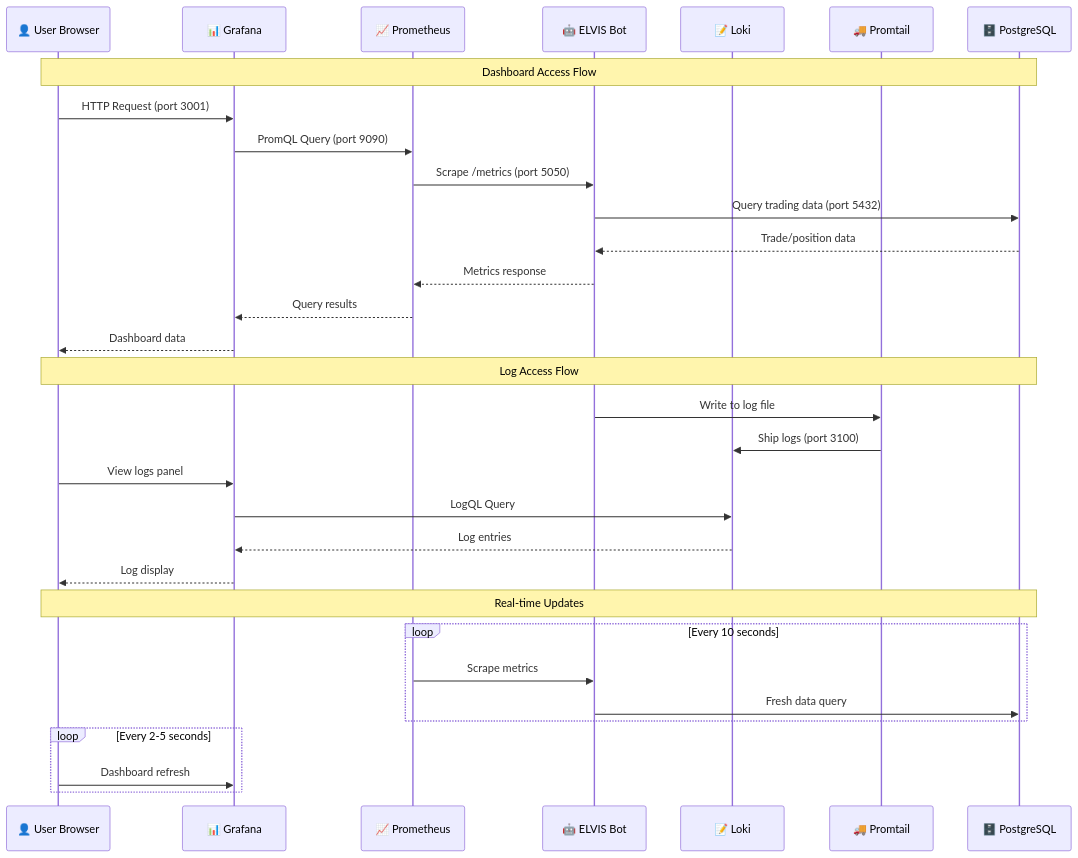
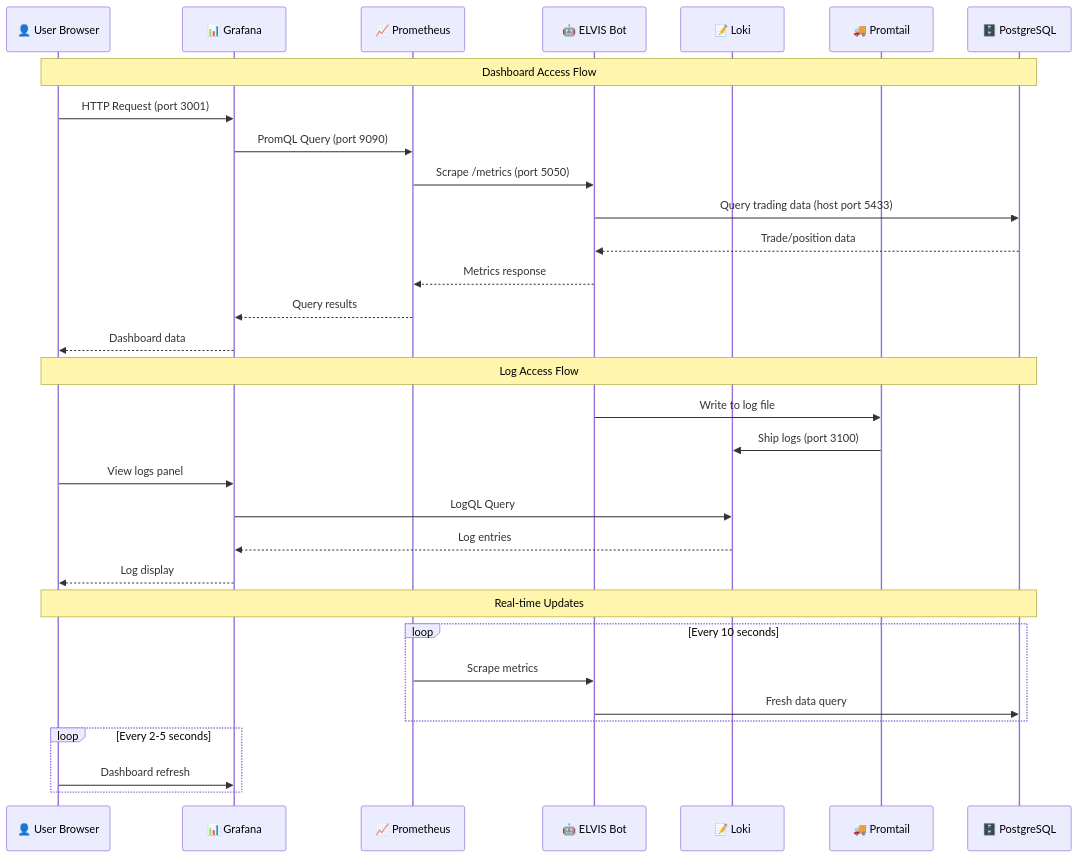
One commit to cluster2600/ELVIS changed the third of 7 diagrams in ELVIS_SYSTEM_ARCHITECTURE.md. Above: the diagram before and after it, drawn with Mermaid. The commit also changed other lines of this file and 60 other files, not shown here.

````diff
--- a/ELVIS_SYSTEM_ARCHITECTURE.md
+++ b/ELVIS_SYSTEM_ARCHITECTURE.md
@@ -133,38 +147,38 @@
 ```mermaid
 sequenceDiagram
     participant User as 👤 User Browser
     participant Grafana as 📊 Grafana
     participant Prometheus as 📈 Prometheus
     participant ELVIS as 🤖 ELVIS Bot
     participant Loki as 📝 Loki
     participant Promtail as 🚚 Promtail
     participant DB as 🗄️ PostgreSQL
     
     Note over User,DB: Dashboard Access Flow
     User->>Grafana: HTTP Request (port 3001)
     Grafana->>Prometheus: PromQL Query (port 9090)
     Prometheus->>ELVIS: Scrape /metrics (port 5050)
-    ELVIS->>DB: Query trading data (port 5432)
+    ELVIS->>DB: Query trading data (host port 5433)
     DB-->>ELVIS: Trade/position data
     ELVIS-->>Prometheus: Metrics response
     Prometheus-->>Grafana: Query results
     Grafana-->>User: Dashboard data
     
     Note over User,DB: Log Access Flow
     ELVIS->>Promtail: Write to log file
     Promtail->>Loki: Ship logs (port 3100)
     User->>Grafana: View logs panel
     Grafana->>Loki: LogQL Query
     Loki-->>Grafana: Log entries
     Grafana-->>User: Log display
     
     Note over User,DB: Real-time Updates
     loop Every 10 seconds
         Prometheus->>ELVIS: Scrape metrics
         ELVIS->>DB: Fresh data query
     end
     
     loop Every 2-5 seconds
         User->>Grafana: Dashboard refresh
     end
 ```
````
